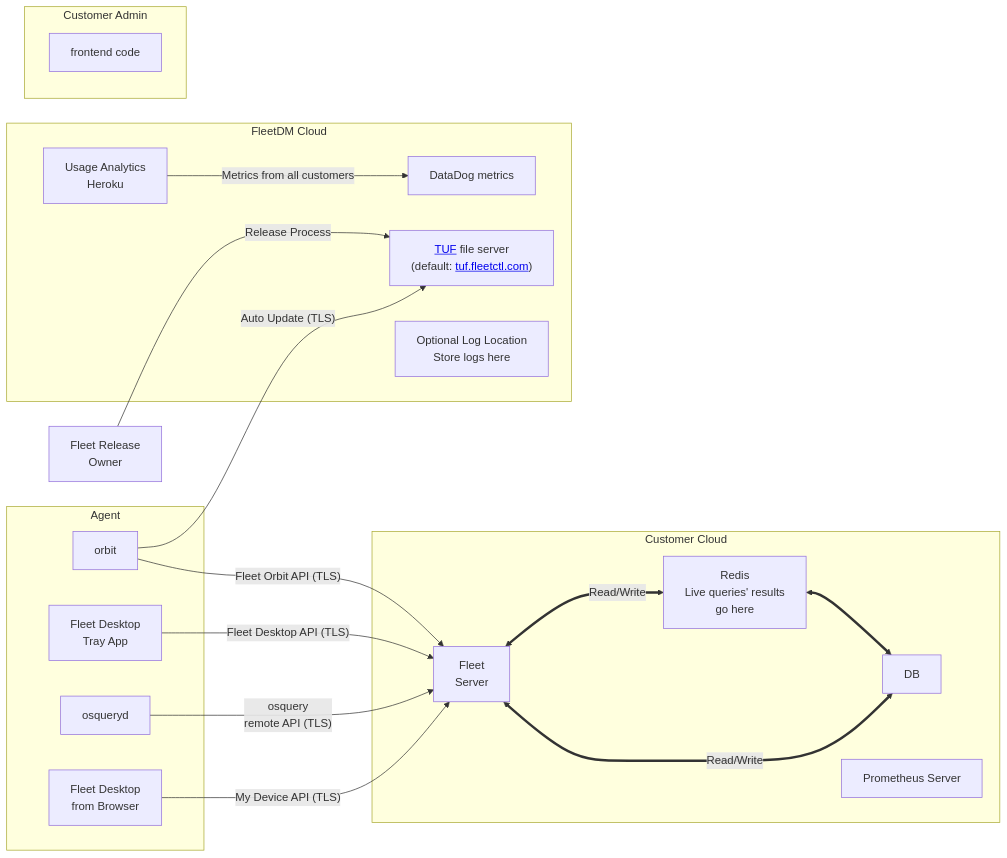
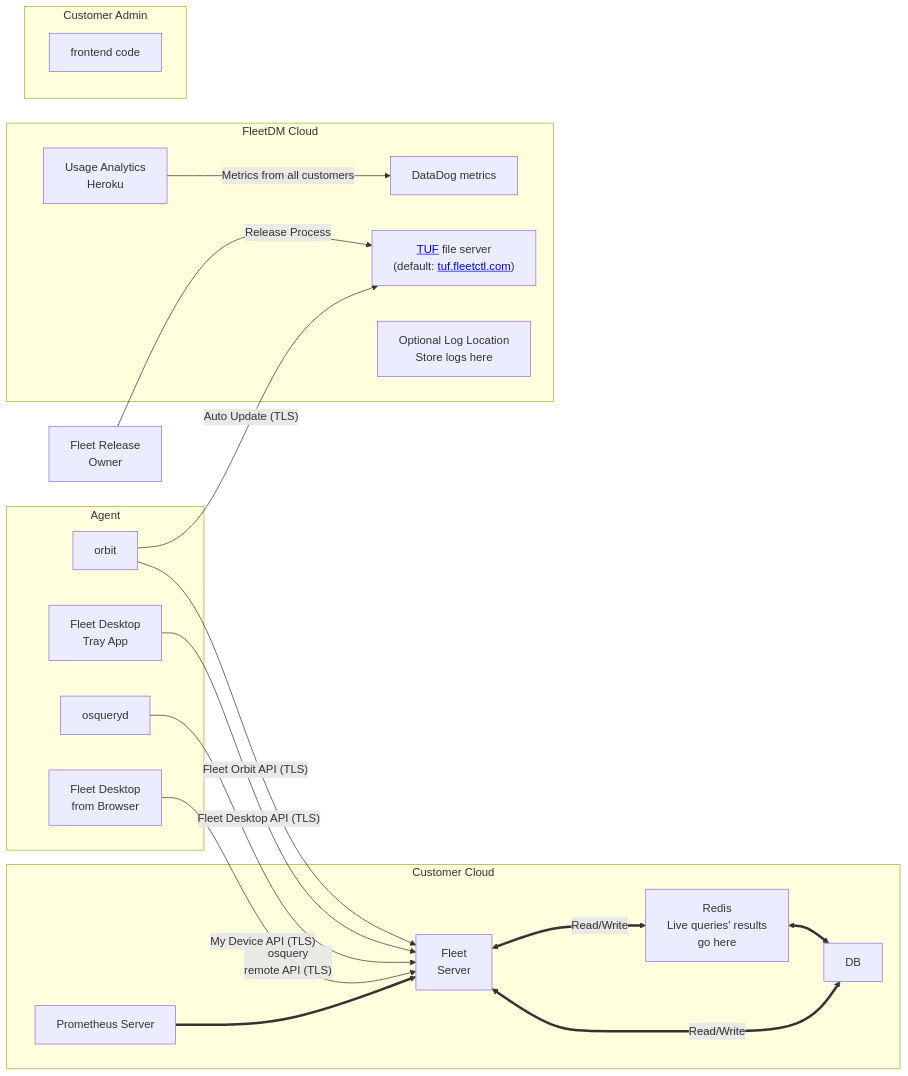
One commit to fleetdm/fleet changed the second of 2 diagrams in docs/Contributing/high-level-architecture.md. Above: the diagram before and after it, drawn with Mermaid.

````diff
--- a/docs/Contributing/high-level-architecture.md
+++ b/docs/Contributing/high-level-architecture.md
@@ -34,46 +34,48 @@
 ```mermaid
 graph LR;
     fleet_release_owner[Fleet Release<br>Owner];
 
     subgraph Agent
         orbit[orbit];
         desktop[Fleet Desktop<br>Tray App];
         osqueryd[osqueryd];
         desktop_browser[Fleet Desktop<br> from Browser];
     end
 
     subgraph Customer Cloud
         fleet_server[Fleet<br>Server];
         db[DB];
         redis[Redis<br>Live queries' results <br>go here];
         prometheus[Prometheus Server];
     end
 
     subgraph FleetDM Cloud
         tuf["<a href=https://theupdateframework.io/>TUF</a> file server<br>(default: <a href=https://tuf.fleetctl.com>tuf.fleetctl.com</a>)"];
         datadog[DataDog metrics]
         heroku[Usage Analytics<br>Heroku]
         log[Optional Log Location<br>Store logs here]
     end
 
     subgraph Customer Admin
         frontend[frontend code]
     end
 
 
     fleet_release_owner -- "Release Process" --> tuf;
 
     orbit -- "Fleet Orbit API (TLS)" --> fleet_server;
     orbit -- "Auto Update (TLS)" --> tuf;
     desktop -- "Fleet Desktop API (TLS)" --> fleet_server;
     osqueryd -- "osquery<br>remote API (TLS)" --> fleet_server;
     desktop_browser -- "My Device API (TLS)" --> fleet_server;
 
     heroku -- "Metrics from all customers" --> datadog;
 
     fleet_server <== "Read/Write" ==> db;
     fleet_server <== "Read/Write" ==> redis;
     redis <==> db;
 
+    prometheus ==> fleet_server;
+
 
 ```
````
